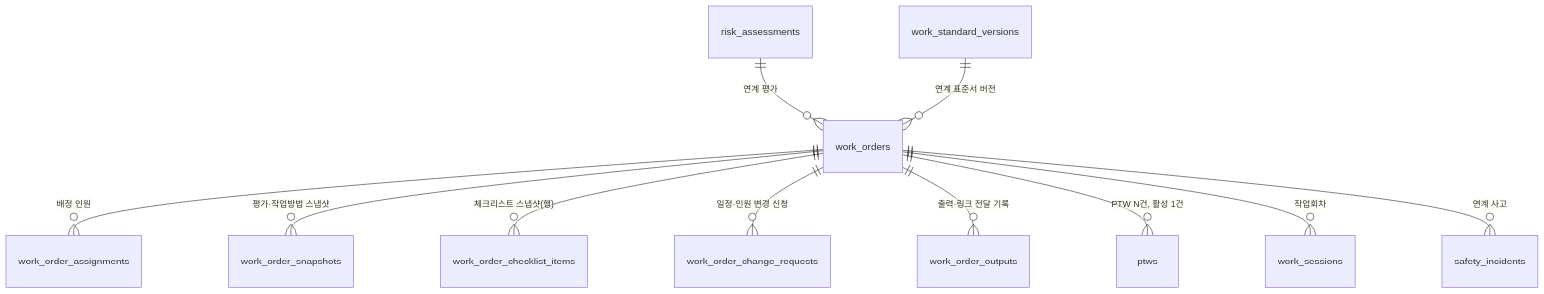
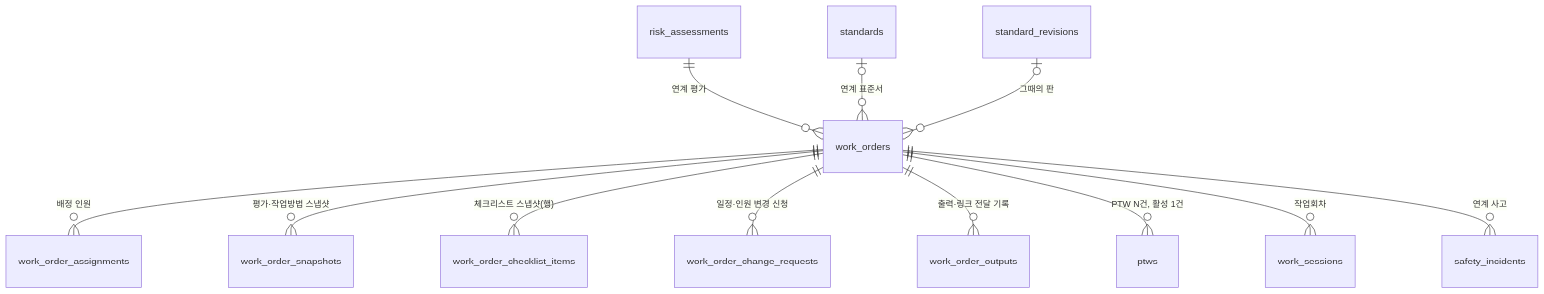
One commit to minq11/SMBE changed the sixth of 9 diagrams in docs/SMBE-schema-v5.5.md. Above: the diagram before and after it, drawn with Mermaid. The commit also changed other lines of this file and 14 other files, not shown here.

````diff
--- a/docs/SMBE-schema-v5.5.md
+++ b/docs/SMBE-schema-v5.5.md
@@ -474,13 +499,14 @@
 ```mermaid
 erDiagram
   work_orders ||--o{ work_order_assignments : "배정 인원"
   work_orders ||--o{ work_order_snapshots : "평가·작업방법 스냅샷"
   work_orders ||--o{ work_order_checklist_items : "체크리스트 스냅샷(행)"
   work_orders ||--o{ work_order_change_requests : "일정·인원 변경 신청"
   work_orders ||--o{ work_order_outputs : "출력·링크 전달 기록"
   work_orders ||--o{ ptws : "PTW N건, 활성 1건"
   work_orders ||--o{ work_sessions : "작업회차"
   work_orders ||--o{ safety_incidents : "연계 사고"
   risk_assessments ||--o{ work_orders : "연계 평가"
-  work_standard_versions ||--o{ work_orders : "연계 표준서 버전"
+  standards |o--o{ work_orders : "연계 표준서"
+  standard_revisions |o--o{ work_orders : "그때의 판"
 ```
````
